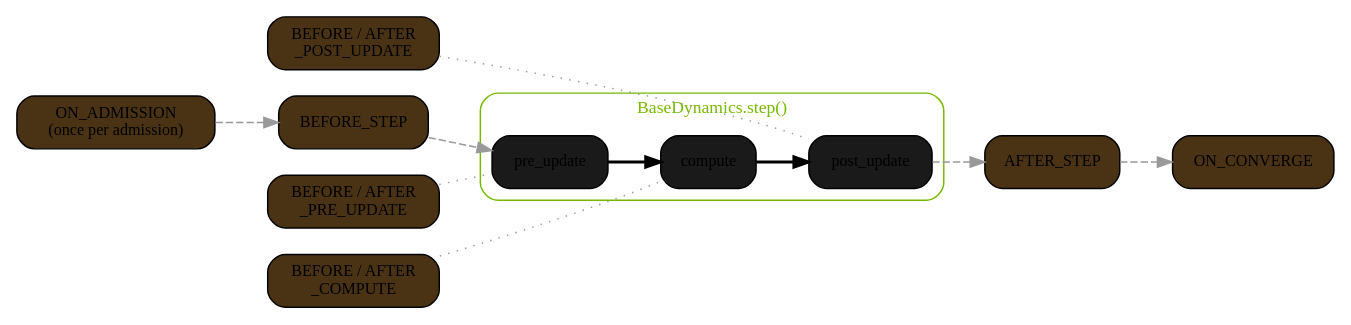
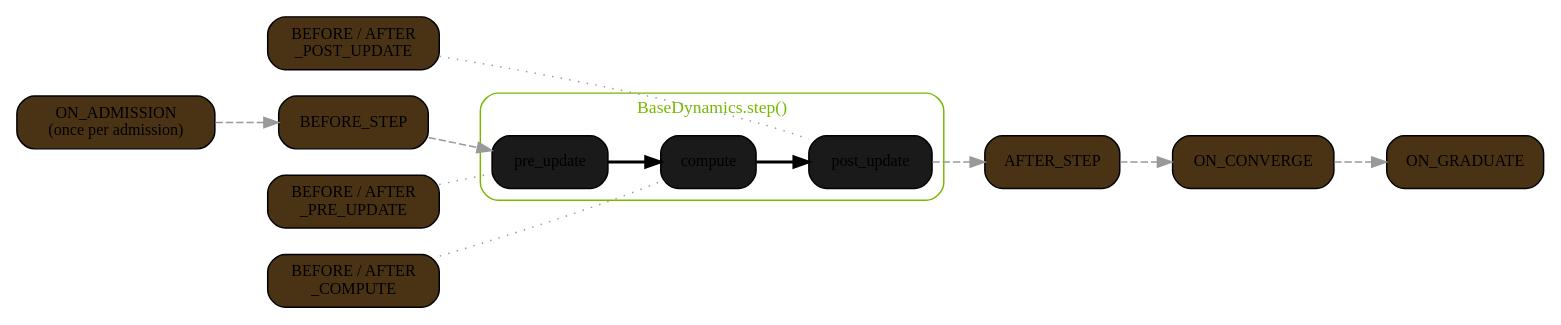
The first of 2 diagrams in docs/modules/dynamics/overview.rst (EricZQu/nvalchemi-toolkit), drawn with Graphviz before and after one commit. The commit also changed 14 other files, not shown here.

First line of the commit message:
feat(dynamics): dispatch ON_GRADUATE when graphs graduate

```diff
--- a/docs/modules/dynamics/overview.rst
+++ b/docs/modules/dynamics/overview.rst
@@ -27,42 +27,44 @@
 .. graphviz::
    :caption: Batch admission followed by a ``BaseDynamics.step()``.
 
     digraph step_architecture {
         rankdir=LR
         compound=true
         node [fontsize=11 shape=box style="rounded,filled" fillcolor="#1a1a1a"]
         edge [fontsize=10]
 
         subgraph cluster_dynamics {
             label="BaseDynamics.step()"
             style=rounded
             color="#76b900"
             fontcolor="#76b900"
             fontsize=12
 
             pre  [label="pre_update"]
             comp [label="compute"]
             post [label="post_update"]
 
             pre -> comp -> post [style=bold]
         }
 
         on_admission [label="ON_ADMISSION\n(once per admission)" fillcolor="#4a3315"]
         before_step [label="BEFORE_STEP" fillcolor="#4a3315"]
         after_step  [label="AFTER_STEP" fillcolor="#4a3315"]
         on_converge [label="ON_CONVERGE" fillcolor="#4a3315"]
+        on_graduate [label="ON_GRADUATE" fillcolor="#4a3315"]
 
         hook_pre  [label="BEFORE / AFTER\n_PRE_UPDATE"  fillcolor="#4a3315"]
         hook_comp [label="BEFORE / AFTER\n_COMPUTE"     fillcolor="#4a3315"]
         hook_post [label="BEFORE / AFTER\n_POST_UPDATE" fillcolor="#4a3315"]
 
         on_admission -> before_step [style=dashed color="#999999"]
         before_step -> pre [style=dashed color="#999999"]
         post -> after_step [style=dashed color="#999999"]
         after_step -> on_converge [style=dashed color="#999999"]
+        on_converge -> on_graduate [style=dashed color="#999999"]
         hook_pre  -> pre  [style=dotted color="#999999" arrowhead=none]
         hook_comp -> comp [style=dotted color="#999999" arrowhead=none]
         hook_post -> post [style=dotted color="#999999" arrowhead=none]
 
         {rank=same; hook_pre; hook_comp; hook_post}
     }
```
